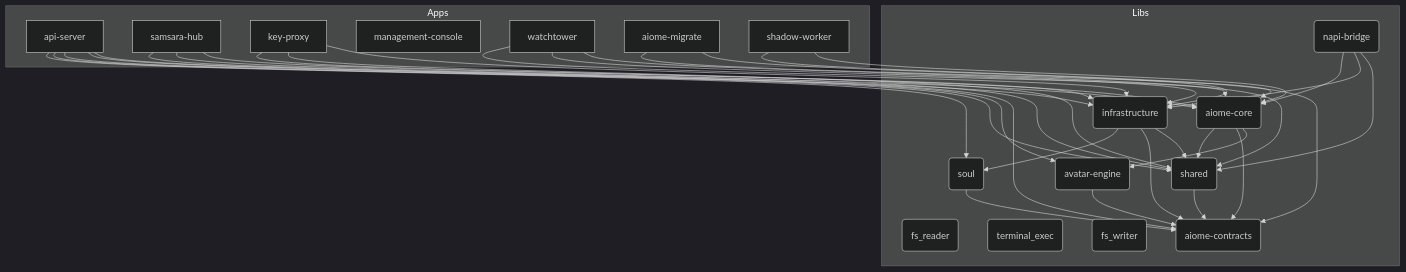
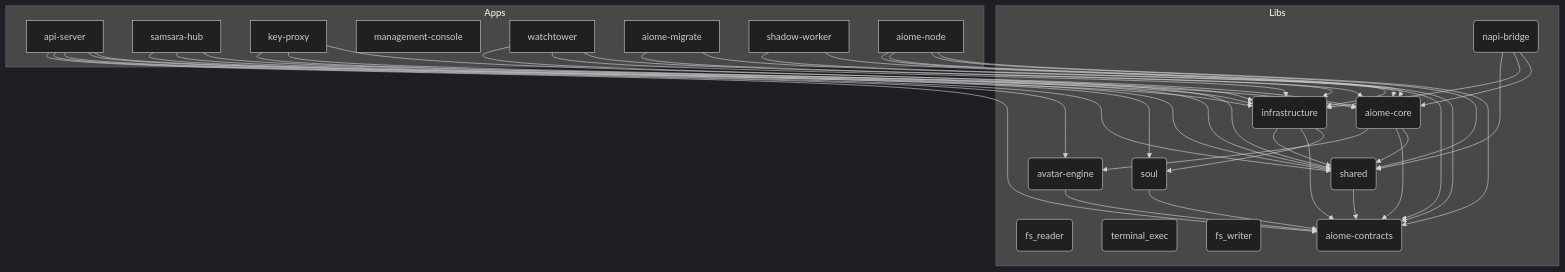
One commit to for4xex-droid/modular-open-claw changed the diagram in ARCHITECTURE.md. Above: the diagram before and after it, drawn with Mermaid (dark theme). The commit also changed other lines of this file and 38 other files, not shown here.

````diff
--- a/ARCHITECTURE.md
+++ b/ARCHITECTURE.md
@@ -23,56 +23,61 @@
 ```mermaid
 graph TD
     subgraph Apps
         api-server[api-server]
         samsara-hub[samsara-hub]
         key-proxy[key-proxy]
         management-console[management-console]
         watchtower[watchtower]
         aiome-migrate[aiome-migrate]
         shadow-worker[shadow-worker]
+        aiome-node[aiome-node]
     end
 
     subgraph Libs
         aiome-core(aiome-core)
         infrastructure(infrastructure)
         shared(shared)
         avatar-engine(avatar-engine)
         fs_reader(fs_reader)
         terminal_exec(terminal_exec)
         fs_writer(fs_writer)
         napi-bridge(napi-bridge)
         aiome-contracts(aiome-contracts)
         soul(soul)
     end
 
     api-server --> soul
     api-server --> infrastructure
     api-server --> shared
     api-server --> avatar-engine
     api-server --> aiome-contracts
     samsara-hub --> aiome-core
     samsara-hub --> shared
     samsara-hub --> infrastructure
     key-proxy --> aiome-core
     key-proxy --> shared
     key-proxy --> infrastructure
     aiome-core --> shared
     aiome-core --> aiome-contracts
     aiome-core --> avatar-engine
     infrastructure --> soul
     infrastructure --> aiome-contracts
     infrastructure --> shared
     shared --> aiome-contracts
     avatar-engine --> aiome-contracts
     napi-bridge --> aiome-core
     napi-bridge --> infrastructure
     napi-bridge --> shared
     watchtower --> aiome-core
     watchtower --> infrastructure
     watchtower --> shared
     soul --> aiome-contracts
     aiome-migrate --> aiome-core
     aiome-migrate --> infrastructure
     shadow-worker --> aiome-contracts
     shadow-worker --> aiome-core
+    aiome-node --> aiome-contracts
+    aiome-node --> shared
+    aiome-node --> infrastructure
+    aiome-node --> aiome-contracts
 ```
````
